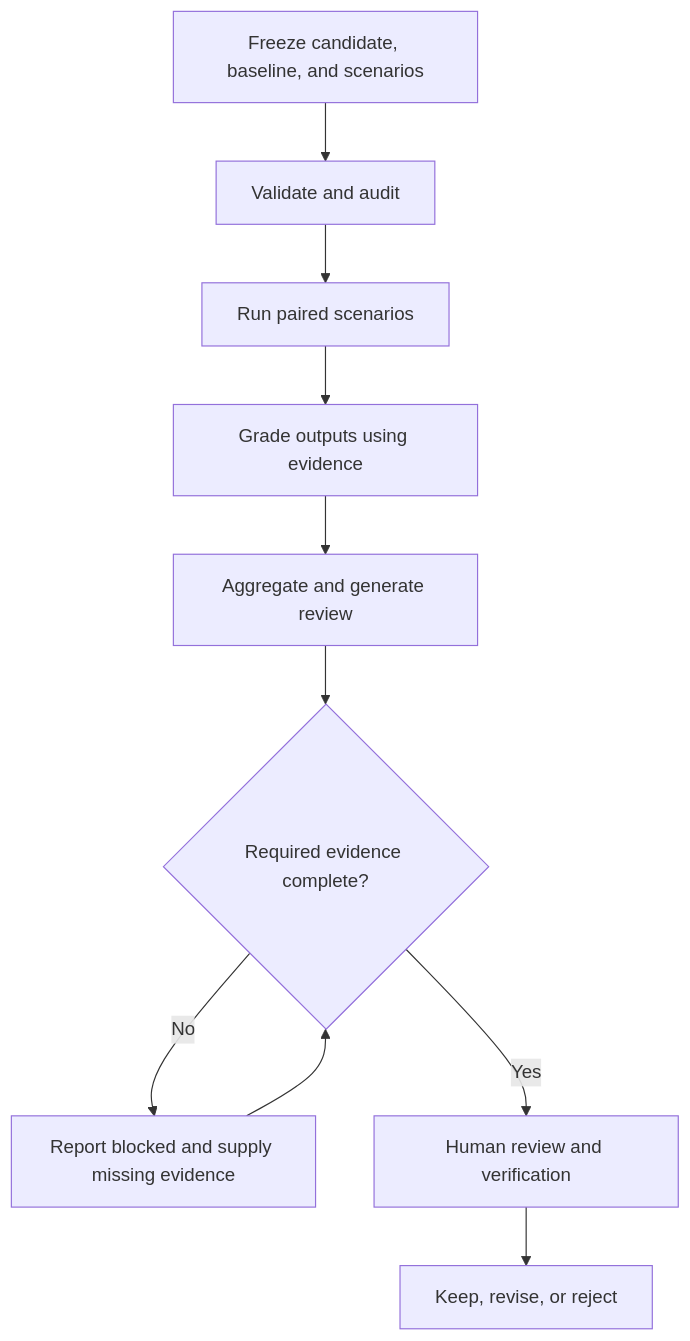
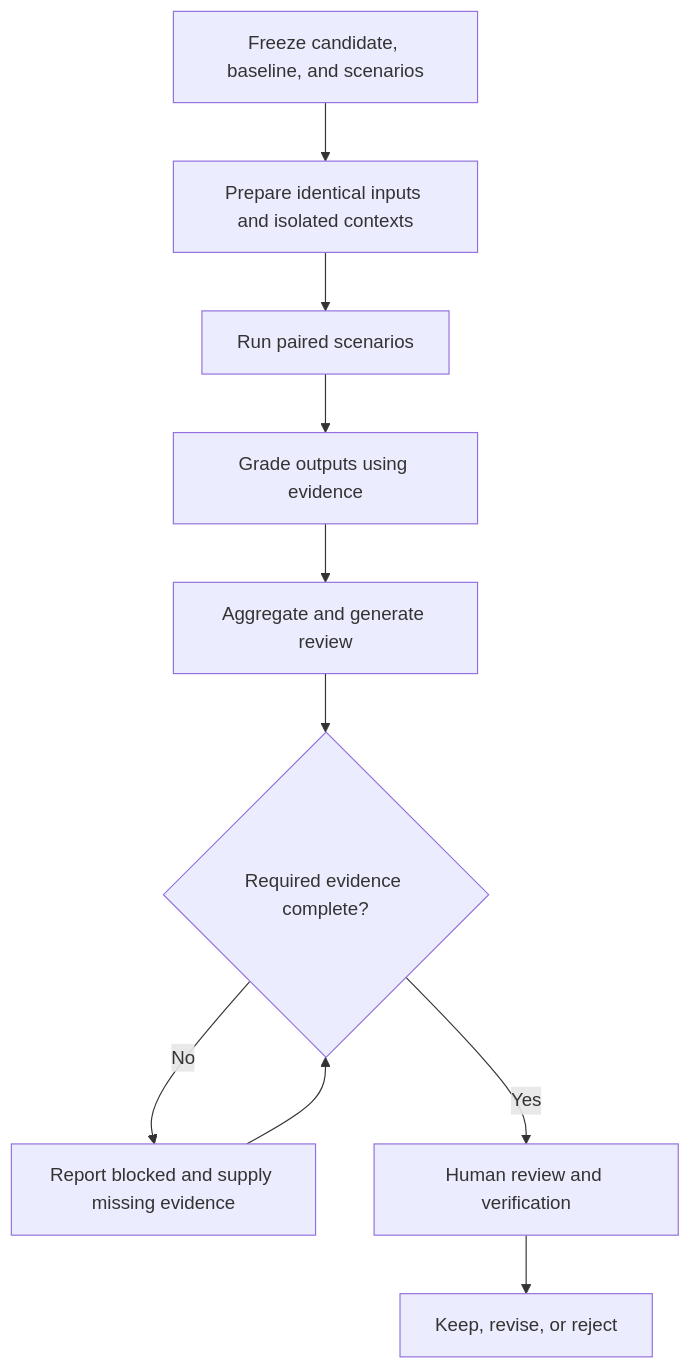
Before and after one commit to bioinfornatics/agent-plugins: the diagram in docs/site/en/how-to/evaluate.md, drawn with Mermaid. The commit also changed 136 other files, not shown here.

````diff
--- a/docs/site/en/how-to/evaluate.md
+++ b/docs/site/en/how-to/evaluate.md
@@ -9,12 +9,12 @@
 ```mermaid
 flowchart TD
-    A[Freeze candidate, baseline, and scenarios] --> B[Validate and audit]
+    A[Freeze candidate, baseline, and scenarios] --> B[Prepare identical inputs and isolated contexts]
     B --> C[Run paired scenarios]
     C --> D[Grade outputs using evidence]
     D --> E[Aggregate and generate review]
     E --> F{Required evidence complete?}
     F -->|No| G[Report blocked and supply missing evidence]
     G --> F
     F -->|Yes| H[Human review and verification]
     H --> I[Keep, revise, or reject]
 ```
````
